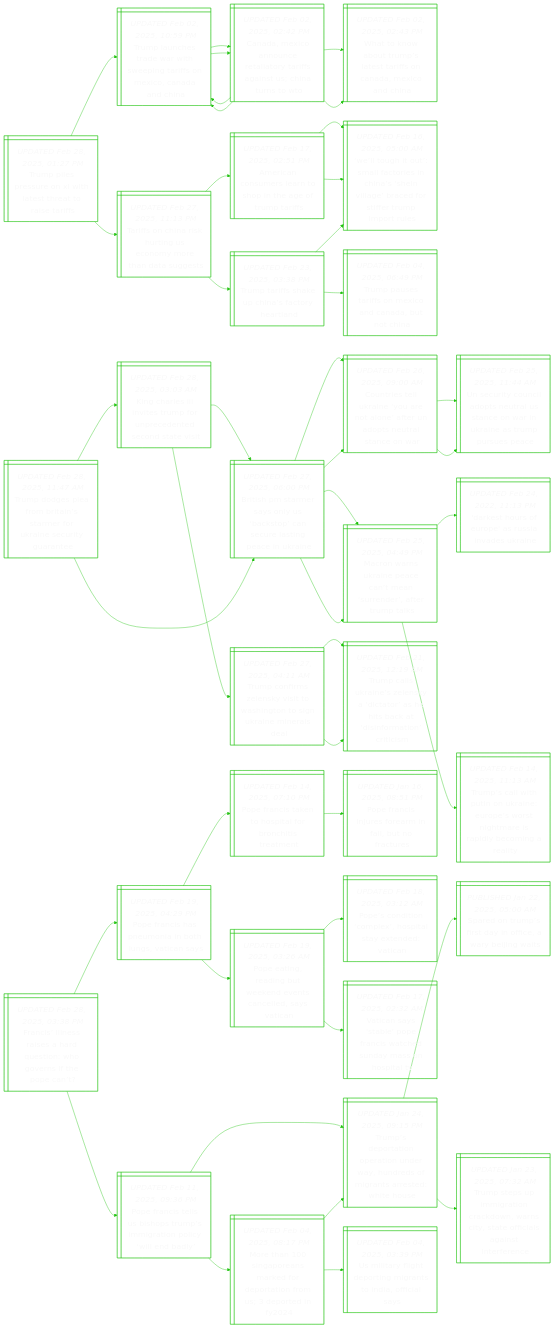
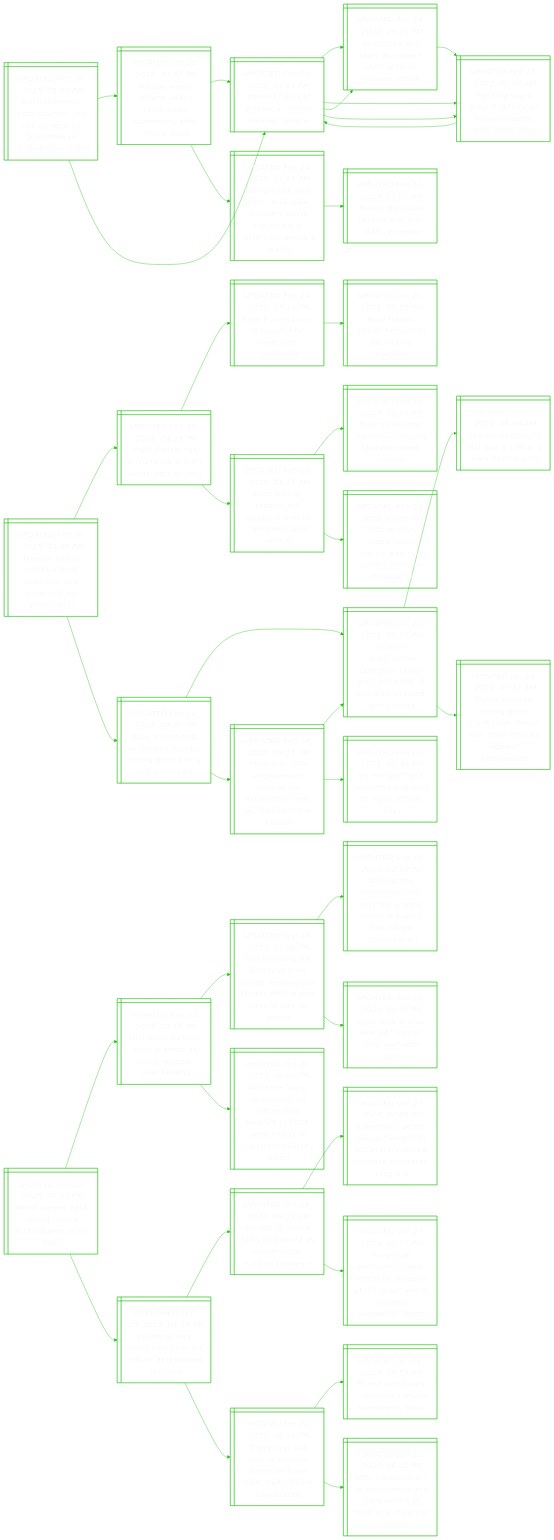
The diagram in README.md (notJmes/notJmes), drawn with Mermaid before and after one commit. The commit also changed other lines of this file, not shown here.

````diff
--- a/README.md
+++ b/README.md
@@ -16,97 +16,42 @@
 flowchart LR
 classDef txtsize font-size:20px;
 
-TppuXhsertf@{ shape: win-pane, label: "_UPDATED Feb 28, 2025, 01:27 PM_
-Trump piles pressure on xi with latest threat to raise tariffs" }
-Tlharsiroinnn@{ shape: win-pane, label: "_UPDATED Feb 02, 2025, 10:59 PM_
-Trump launches trade war with sweeping tariffs on mexico, canada and china" }
-CacoriyfaUnnT@{ shape: win-pane, label: "_UPDATED Feb 02, 2025, 02:42 PM_
-Canada, mexico announce retaliatory tariffs against us; china turns to wto" }
-Tlharsiroinnn@{ shape: win-pane, label: "_UPDATED Feb 02, 2025, 10:59 PM_
-Trump launches trade war with sweeping tariffs on mexico, canada and china" }
-WoaTssindida@{ shape: win-pane, label: "_UPDATED Feb 02, 2025, 02:43 PM_
-What to know about trump’s latest tariffs on canada, mexico and china" }
-CacoriyfaUnnT@{ shape: win-pane, label: "_UPDATED Feb 02, 2025, 02:42 PM_
-Canada, mexico announce retaliatory tariffs against us; china turns to wto" }
-Tlharsiroinnn@{ shape: win-pane, label: "_UPDATED Feb 02, 2025, 10:59 PM_
-Trump launches trade war with sweeping tariffs on mexico, canada and china" }
-WoaTssindida@{ shape: win-pane, label: "_UPDATED Feb 02, 2025, 02:43 PM_
-What to know about trump’s latest tariffs on canada, mexico and china" }
-TfhirUnoaae@{ shape: win-pane, label: "_UPDATED Feb 27, 2025, 11:13 PM_
-Tariffs on china risk hurting us economy more than data suggests" }
-Acnrrhteur@{ shape: win-pane, label: "_UPDATED Feb 17, 2025, 02:51 PM_
-American consumers learn to shop in the age of trump tariffs" }
-WotmaiCsnaaofrmr@{ shape: win-pane, label: "_UPDATED Feb 16, 2025, 05:00 AM_
-‘we’ll tough it out’: small factories in china’s ‘shein village’ braced for stiffer trump import rules" }
-WotmaiCsnaaofrmr@{ shape: win-pane, label: "_UPDATED Feb 16, 2025, 05:00 AM_
-‘we’ll tough it out’: small factories in china’s ‘shein village’ braced for stiffer trump import rules" }
-Ttfkhfrrd@{ shape: win-pane, label: "_UPDATED Feb 23, 2025, 03:38 PM_
-Trump tariffs shake up china’s factory heartland" }
-TpsfMoabta@{ shape: win-pane, label: "_UPDATED Feb 04, 2025, 06:49 PM_
-Trump pauses tariffs on mexico and canada, but not china" }
-WotmaiCsnaaofrmr@{ shape: win-pane, label: "_UPDATED Feb 16, 2025, 05:00 AM_
-‘we’ll tough it out’: small factories in china’s ‘shein village’ braced for stiffer trump import rules" }
-
-TppuXhsertf:::txtsize --> Tlharsiroinnn:::txtsize
-Tlharsiroinnn:::txtsize --> CacoriyfaUnnT:::txtsize
-CacoriyfaUnnT:::txtsize --> Tlharsiroinnn:::txtsize
-CacoriyfaUnnT:::txtsize --> WoaTssindida:::txtsize
-Tlharsiroinnn:::txtsize --> CacoriyfaUnnT:::txtsize
-CacoriyfaUnnT:::txtsize --> Tlharsiroinnn:::txtsize
-CacoriyfaUnnT:::txtsize --> WoaTssindida:::txtsize
-TppuXhsertf:::txtsize --> TfhirUnoaae:::txtsize
-TfhirUnoaae:::txtsize --> Acnrrhteur:::txtsize
-Acnrrhteur:::txtsize --> WotmaiCsnaaofrmr:::txtsize
-Acnrrhteur:::txtsize --> WotmaiCsnaaofrmr:::txtsize
-TfhirUnoaae:::txtsize --> Ttfkhfrrd:::txtsize
-Ttfkhfrrd:::txtsize --> TpsfMoabta:::txtsize
-Ttfkhfrrd:::txtsize --> WotmaiCsnaaofrmr:::txtsize
-
-Tdsfrnroaetre@{ shape: win-pane, label: "_UPDATED Feb 28, 2025, 11:47 AM_
-Trump dodges plea from britain’s starmer for ukraine security guarantee" }
-Khsnspneeoas@{ shape: win-pane, label: "_UPDATED Feb 28, 2025, 03:03 AM_
-King charles iii invites trump for unprecedented second state visit" }
-BstroSsauspia@{ shape: win-pane, label: "_UPDATED Feb 27, 2025, 06:00 PM_
-British pm starmer says only us ‘backstop’ can secure lasting peace in ukraine" }
-CreryelfNttto@{ shape: win-pane, label: "_UPDATED Feb 26, 2025, 09:00 AM_
-Countries tell ukraine ‘you are not alone’ after un adopts neutral stance on war" }
-MnsianneaTt@{ shape: win-pane, label: "_UPDATED Feb 25, 2025, 04:49 PM_
-Macron warns ukraine peace can’t mean ‘surrender’, after trump talks" }
-Tcrlytstskere@{ shape: win-pane, label: "_UPDATED Feb 27, 2025, 04:11 AM_
-Trump confirms zelensky visit to washington to sign ukraine minerals deal" }
-TcUnlytaicioiis@{ shape: win-pane, label: "_UPDATED Feb 21, 2025, 12:19 AM_
-Trump calls ukraine’s zelensky a ‘dictator’ as he hits back at ‘disinformation’ criticism" }
-TcUnlytaicioiis@{ shape: win-pane, label: "_UPDATED Feb 21, 2025, 12:19 AM_
-Trump calls ukraine’s zelensky a ‘dictator’ as he hits back at ‘disinformation’ criticism" }
-BstroSsauspia@{ shape: win-pane, label: "_UPDATED Feb 27, 2025, 06:00 PM_
-British pm starmer says only us ‘backstop’ can secure lasting peace in ukraine" }
-CreryelfNttto@{ shape: win-pane, label: "_UPDATED Feb 26, 2025, 09:00 AM_
-Countries tell ukraine ‘you are not alone’ after un adopts neutral stance on war" }
-UuCipuUnwUnruse@{ shape: win-pane, label: "_UPDATED Feb 25, 2025, 11:44 AM_
-Un security council adopts neutral us stance on war in ukraine as trump pursues peace" }
-UuCipuUnwUnruse@{ shape: win-pane, label: "_UPDATED Feb 25, 2025, 11:44 AM_
-Un security council adopts neutral us stance on war in ukraine as trump pursues peace" }
+Mlrmmtlcyaoaru@{ shape: win-pane, label: "_UPDATED Feb 28, 2025, 05:57 PM_
+Much flummery from starmer, but still no security guarantee on ukraine from trump" }
 MnsianneaTt@{ shape: win-pane, label: "_UPDATED Feb 25, 2025, 04:49 PM_
 Macron warns ukraine peace can’t mean ‘surrender’, after trump talks" }
 DsruasvUn@{ shape: win-pane, label: "_UPDATED Feb 24, 2022, 11:13 PM_
 'darkest hours of europe' as russia invades ukraine" }
+Bsnranicsak@{ shape: win-pane, label: "_UPDATED Feb 24, 2022, 09:21 PM_
+Bloodshed and tears as eastern ukraine faces russian attack" }
+Figokesnsts@{ shape: win-pane, label: "_UPDATED Feb 25, 2022, 01:54 AM_
+Fighting rages around ukraine as russia invades from three sides" }
 Tswunirwnmsdcgl@{ shape: win-pane, label: "_UPDATED Feb 14, 2025, 11:13 AM_
 Trump’s call with putin on ukraine: europe’s worst nightmare is rapidly becoming a reality" }
+Tdskeitly@{ shape: win-pane, label: "_UPDATED Feb 13, 2025, 11:02 AM_
+Trump discusses ukraine war with putin, zelensky" }
+DsruasvUn@{ shape: win-pane, label: "_UPDATED Feb 24, 2022, 11:13 PM_
+'darkest hours of europe' as russia invades ukraine" }
+Bsnranicsak@{ shape: win-pane, label: "_UPDATED Feb 24, 2022, 09:21 PM_
+Bloodshed and tears as eastern ukraine faces russian attack" }
+Figokesnsts@{ shape: win-pane, label: "_UPDATED Feb 25, 2022, 01:54 AM_
+Fighting rages around ukraine as russia invades from three sides" }
+Figokesnsts@{ shape: win-pane, label: "_UPDATED Feb 25, 2022, 01:54 AM_
+Fighting rages around ukraine as russia invades from three sides" }
+DsruasvUn@{ shape: win-pane, label: "_UPDATED Feb 24, 2022, 11:13 PM_
+'darkest hours of europe' as russia invades ukraine" }
 
-Tdsfrnroaetre:::txtsize --> Khsnspneeoas:::txtsize
-Khsnspneeoas:::txtsize --> BstroSsauspia:::txtsize
-BstroSsauspia:::txtsize --> CreryelfNttto:::txtsize
-BstroSsauspia:::txtsize --> MnsianneaTt:::txtsize
-Khsnspneeoas:::txtsize --> Tcrlytstskere:::txtsize
-Tcrlytstskere:::txtsize --> TcUnlytaicioiis:::txtsize
-Tcrlytstskere:::txtsize --> TcUnlytaicioiis:::txtsize
-Tdsfrnroaetre:::txtsize --> BstroSsauspia:::txtsize
-BstroSsauspia:::txtsize --> CreryelfNttto:::txtsize
-CreryelfNttto:::txtsize --> UuCipuUnwUnruse:::txtsize
-CreryelfNttto:::txtsize --> UuCipuUnwUnruse:::txtsize
-BstroSsauspia:::txtsize --> MnsianneaTt:::txtsize
+Mlrmmtlcyaoaru:::txtsize --> MnsianneaTt:::txtsize
 MnsianneaTt:::txtsize --> DsruasvUn:::txtsize
+DsruasvUn:::txtsize --> Bsnranicsak:::txtsize
+DsruasvUn:::txtsize --> Figokesnsts:::txtsize
 MnsianneaTt:::txtsize --> Tswunirwnmsdcgl:::txtsize
+Tswunirwnmsdcgl:::txtsize --> Tdskeitly:::txtsize
+Mlrmmtlcyaoaru:::txtsize --> DsruasvUn:::txtsize
+DsruasvUn:::txtsize --> Bsnranicsak:::txtsize
+Bsnranicsak:::txtsize --> Figokesnsts:::txtsize
+DsruasvUn:::txtsize --> Figokesnsts:::txtsize
+Figokesnsts:::txtsize --> DsruasvUn:::txtsize
 
 Finaaqiortpt@{ shape: win-pane, label: "_UPDATED Feb 28, 2025, 03:38 PM_
 Francis’ illness raises a hard question: who governs if the pope can’t?" }
@@ -151,4 +96,44 @@
 MhnrmdeafSrn:::txtsize --> TsrornruditeWH:::txtsize
 MhnrmdeafSrn:::txtsize --> UiftrmnIoiy:::txtsize
 
+WasftrdlUk@{ shape: win-pane, label: "_UPDATED Feb 28, 2025, 07:07 PM_
+World agrees hard-fought nature funding plan at un talks" }
+Uumnlansoug@{ shape: win-pane, label: "_UPDATED Nov 03, 2024, 08:18 PM_
+Un nature summit ends in limbo as countries spar over funding" }
+Cnorhoieyiowtft@{ shape: win-pane, label: "_UPDATED Sep 16, 2024, 12:58 PM_
+Can money grow on trees? rhino bonds, biodiversity credits among new ways to pay for nature" }
+NspnpWeacsnorst@{ shape: win-pane, label: "_UPDATED Sep 16, 2024, 12:58 PM_
+Not just the philanthropists: why the private sector is buying into nature conservation" }
+Ienelcreo@{ shape: win-pane, label: "_UPDATED Sep 26, 2024, 01:56 PM_
+Indonesia and us seal $47 million coral reef debt swop" }
+AtrrnneddaxOdse@{ shape: win-pane, label: "_UPDATED Oct 20, 2024, 06:00 PM_
+After the ‘paris agreement’ for nature was adopted in 2022, what’s next at cop16 biodiversity meet?" }
+CrorehaaoUk@{ shape: win-pane, label: "_PUBLISHED Feb 25, 2025, 04:28 PM_
+Countries lock horns over cash for nature at rebooted un talks" }
+Unesldnafnci@{ shape: win-pane, label: "_UPDATED Oct 29, 2024, 09:37 AM_
+Un cop16 nature talks gridlocked as conservation funding trickles in" }
+Cbepwidvuvnutos@{ shape: win-pane, label: "_UPDATED Oct 27, 2024, 07:35 PM_
+Colombia’s peace opened wildlife to discovery, but new violence frustrates progress" }
+FlpcmttafeicsaRt@{ shape: win-pane, label: "_UPDATED Oct 27, 2024, 03:15 PM_
+Fossil fuel production major threat to ‘amazon of the seas’, which includes singapore: report" }
+TlunlAcsuaicrn@{ shape: win-pane, label: "_UPDATED Jan 21, 2025, 08:30 PM_
+Trump lays out plan to unleash american fossil fuels, halt climate cooperation" }
+Twrrriamg@{ shape: win-pane, label: "_UPDATED Jan 21, 2025, 09:59 AM_
+Trump withdraws from paris climate agreement, again" }
+Aiuoreugdnthnw@{ shape: win-pane, label: "_UPDATED Jan 21, 2025, 06:02 PM_
+After inauguration, us president trump signs orders in front of a cheering crowd" }
+
+WasftrdlUk:::txtsize --> Uumnlansoug:::txtsize
+Uumnlansoug:::txtsize --> Cnorhoieyiowtft:::txtsize
+Cnorhoieyiowtft:::txtsize --> NspnpWeacsnorst:::txtsize
+Cnorhoieyiowtft:::txtsize --> Ienelcreo:::txtsize
+Uumnlansoug:::txtsize --> AtrrnneddaxOdse:::txtsize
+WasftrdlUk:::txtsize --> CrorehaaoUk:::txtsize
+CrorehaaoUk:::txtsize --> Unesldnafnci:::txtsize
+Unesldnafnci:::txtsize --> Cbepwidvuvnutos:::txtsize
+Unesldnafnci:::txtsize --> FlpcmttafeicsaRt:::txtsize
+CrorehaaoUk:::txtsize --> TlunlAcsuaicrn:::txtsize
+TlunlAcsuaicrn:::txtsize --> Twrrriamg:::txtsize
+TlunlAcsuaicrn:::txtsize --> Aiuoreugdnthnw:::txtsize
+
 ```
````
